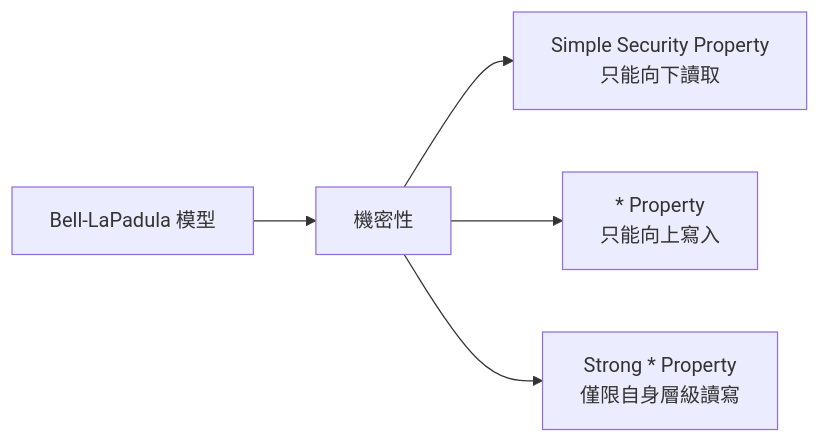
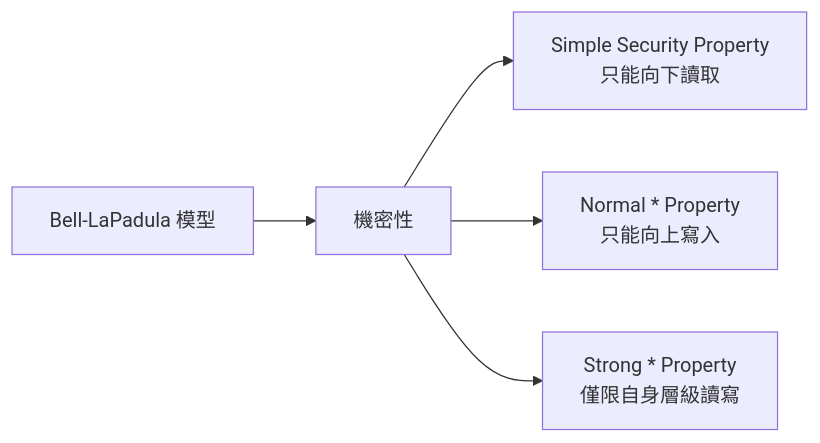
Before and after one commit to Twister5-com-tw-Dev-dep/CISSP-Mindset: the third of 8 diagrams in Domain3/1.Models-&-Frameworks.md, drawn with Mermaid. The commit also changed other lines of this file, not shown here.

````diff
--- a/Domain3/1.Models-&-Frameworks.md
+++ b/Domain3/1.Models-&-Frameworks.md
@@ -82,7 +82,7 @@
 ```mermaid
 graph LR
     A[Bell-LaPadula 模型] --> B[機密性]
     B --> C[Simple Security Property<br>只能向下讀取]
-    B --> D[* Property<br>只能向上寫入]
+    B --> D[ Normal * Property<br>只能向上寫入]
     B --> E[Strong * Property<br>僅限自身層級讀寫]
 ```
````
